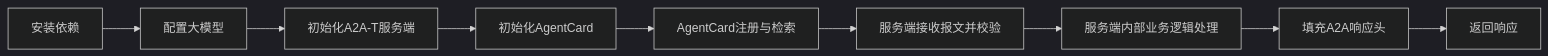
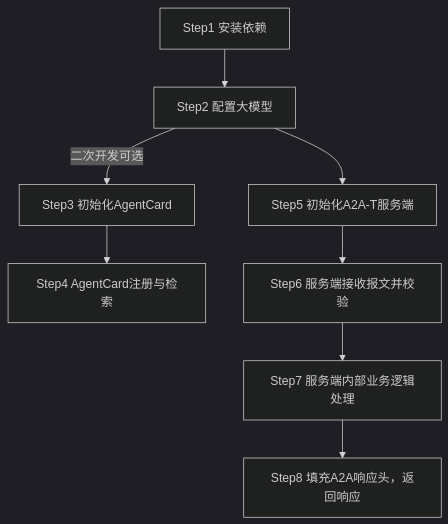
One commit to project-openan/a2a-t-sdk-python changed the fourth of 4 diagrams in docs/zh/开发指南.md. Above: the diagram before and after it, drawn with Mermaid (dark theme). The commit also changed other lines of this file and 22 other files, not shown here.

````diff
--- a/docs/zh/开发指南.md
+++ b/docs/zh/开发指南.md
@@ -349,4 +274,17 @@
 ```mermaid
-flowchart LR
-    安装依赖 --> 配置大模型 --> 初始化A2A-T服务端  --> 初始化AgentCard --> AgentCard注册与检索 --> 服务端接收报文并校验 --> 服务端内部业务逻辑处理 --> 填充A2A响应头 --> 返回响应
+flowchart TD
+        Step1["Step1 安装依赖"] -->
+        Step2["Step2 配置大模型"]
+        
+    Step2 -- 二次开发可选 --> Step3
+    
+        Step3["Step3 初始化AgentCard"] -->
+        Step4["Step4 AgentCard注册与检索"]
+        
+    Step2 --> Step5
+    
+        Step5["Step5 初始化A2A-T服务端"] -->
+        Step6["Step6 服务端接收报文并校验"] -->
+        Step7["Step7 服务端内部业务逻辑处理"] -->
+        Step8["Step8 填充A2A响应头，返回响应"]
 ```
````
